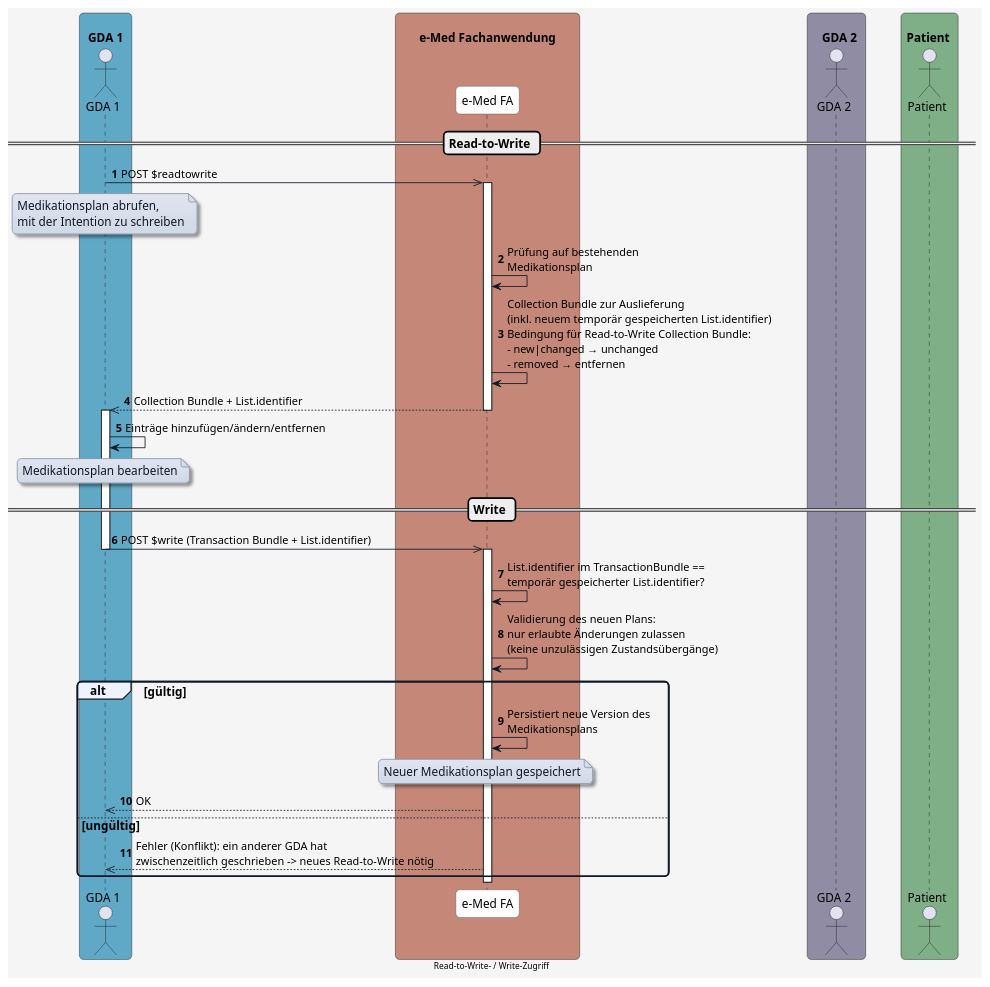
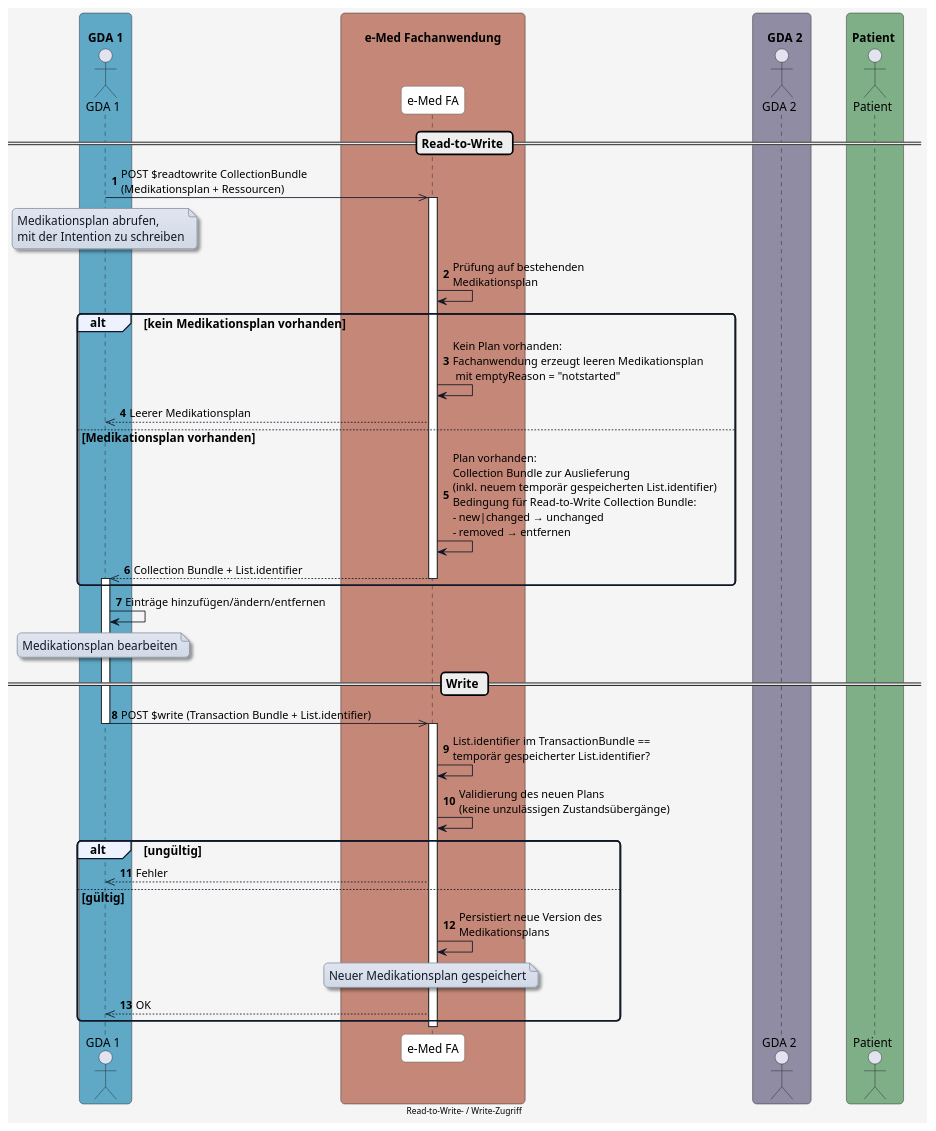
Before and after one commit to HL7Austria/ELGA-e-Medikation-R4: the diagram in input/images-source/diagram_readtowrite.plantuml, drawn with PlantUML. The commit also changed 4 other files, not shown here.

Commit message:
Update diagram

```diff
--- a/input/images-source/diagram_readtowrite.plantuml
+++ b/input/images-source/diagram_readtowrite.plantuml
@@ -1,111 +1,120 @@
 @startuml
 skinparam borderColor #000000
 skinparam backgroundColor #f5f5f5
 skinparam shadowing false
 skinparam roundCorner 10
 skinparam defaultFontName "Arial"
 skinparam defaultFontSize 14
 skinparam defaultFontColor #000000
 
 skinparam note {
   BackgroundColor #e0e5f0-#d1d9e6
   BorderColor #8b95a5
   BorderThickness 1
   RoundCorner 8
   Padding 6
   FontColor #111827
   Shadowing true
 }
 
 skinparam HyperlinkColor #0000EE
 skinparam HyperlinkUnderline false
 
 skinparam sequence {
   ParticipantBorderColor #555555
   ParticipantBackgroundColor #ffffff
   ParticipantFontColor #000000
   ParticipantFontSize 14
   ParticipantPadding 20
   ArrowColor #111827
   ArrowThickness 1
   ArrowFontColor #000000
   ArrowFontSize 13
   GroupBorderColor #111827
   GroupBackgroundColor #eef2ff
   GroupBorderThickness 2
 }
 
 skinparam BoxPadding 20
 skinparam BoxBorderColor #555555
 
 box "\n  GDA 1  " #5FA8C6
   actor GDA_1 as "GDA 1"
 end box
 
 box "\n       e-Med Fachanwendung       " #C48778
   participant eMed_FA as "e-Med FA"
 end box
 
 box "\n    GDA 2  " #8F8CA3
   actor GDA_2 as "GDA 2"
 end box
 
 box "\n Patient  " #7FAF87
   actor Patient as "Patient"
 end box
 
 
 autonumber
 
  
 == Read-to-Write ==
 
-GDA_1 ->> eMed_FA: POST $readtowrite
+GDA_1 ->> eMed_FA: POST $readtowrite CollectionBundle\n(Medikationsplan + Ressourcen)
+
 note over GDA_1
 Medikationsplan abrufen, 
 mit der Intention zu schreiben
 end note
 
 activate eMed_FA
 eMed_FA -> eMed_FA: Prüfung auf bestehenden\nMedikationsplan
-eMed_FA -> eMed_FA: Collection Bundle zur Auslieferung\n(inkl. neuem temporär gespeicherten List.identifier)\nBedingung für Read-to-Write Collection Bundle:\n- new|changed → unchanged\n- removed → entfernen
 
-eMed_FA -->> GDA_1: Collection Bundle + List.identifier
-deactivate eMed_FA
+alt kein Medikationsplan vorhanden
+  eMed_FA -> eMed_FA: Kein Plan vorhanden:\nFachanwendung erzeugt leeren Medikationsplan\n mit emptyReason = "notstarted"
+  eMed_FA -->> GDA_1: Leerer Medikationsplan
 
-activate GDA_1
+else Medikationsplan vorhanden
+  eMed_FA -> eMed_FA: Plan vorhanden:\nCollection Bundle zur Auslieferung\n(inkl. neuem temporär gespeicherten List.identifier)\nBedingung für Read-to-Write Collection Bundle:\n- new|changed → unchanged\n- removed → entfernen
+  eMed_FA -->> GDA_1: Collection Bundle + List.identifier
+  deactivate eMed_FA
+  activate GDA_1
+end
+
 GDA_1 -> GDA_1: Einträge hinzufügen/ändern/entfernen
 
 note over GDA_1
 Medikationsplan bearbeiten
 end note
 
 == Write ==
 
 GDA_1 ->> eMed_FA: POST $write (Transaction Bundle + List.identifier)
+
 deactivate GDA_1
 
 activate eMed_FA
 eMed_FA -> eMed_FA: List.identifier im TransactionBundle ==\ntemporär gespeicherter List.identifier?
-eMed_FA -> eMed_FA: Validierung des neuen Plans:\nnur erlaubte Änderungen zulassen\n(keine unzulässigen Zustandsübergänge)
+eMed_FA -> eMed_FA: Validierung des neuen Plans\n(keine unzulässigen Zustandsübergänge)
 
-alt gültig
+alt ungültig 
+  eMed_FA -->> GDA_1: Fehler 
+  
+else gültig 
   eMed_FA -> eMed_FA: Persistiert neue Version des\nMedikationsplans
 
   note over eMed_FA
   Neuer Medikationsplan gespeichert
   end note
 
   eMed_FA -->> GDA_1: OK
-else ungültig
-  eMed_FA -->> GDA_1: Fehler (Konflikt): ein anderer GDA hat\nzwischenzeitlich geschrieben -> neues Read-to-Write nötig
 end
 
 
 deactivate eMed_FA
 
 
 center footer Read-to-Write- / Write-Zugriff
 
 
 @enduml
```
